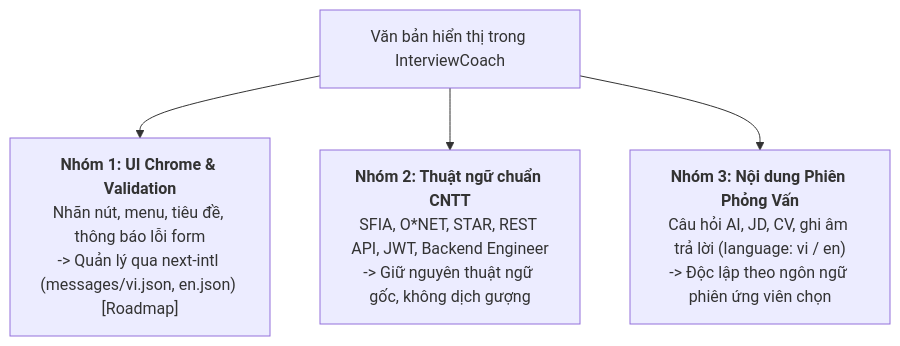
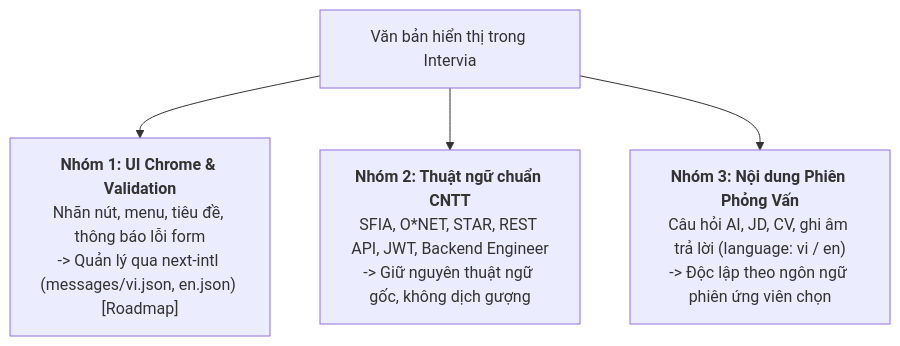
Before and after one commit to lethanhan01/interview-coach: the diagram in client/docs/docs/04-performance-and-ops/internationalization.md, drawn with Mermaid. The commit also changed other lines of this file and 61 other files, not shown here.

````diff
--- a/client/docs/docs/04-performance-and-ops/internationalization.md
+++ b/client/docs/docs/04-performance-and-ops/internationalization.md
@@ -31,6 +31,6 @@
 ```mermaid
 flowchart TD
-    TXT["Văn bản hiển thị trong InterviewCoach"] --> G1["<b>Nhóm 1: UI Chrome & Validation</b><br/>Nhãn nút, menu, tiêu đề, thông báo lỗi form<br/>-> Quản lý qua next-intl (messages/vi.json, en.json) [Roadmap]"]
+    TXT["Văn bản hiển thị trong Intervia"] --> G1["<b>Nhóm 1: UI Chrome & Validation</b><br/>Nhãn nút, menu, tiêu đề, thông báo lỗi form<br/>-> Quản lý qua next-intl (messages/vi.json, en.json) [Roadmap]"]
     TXT --> G2["<b>Nhóm 2: Thuật ngữ chuẩn CNTT</b><br/>SFIA, O*NET, STAR, REST API, JWT, Backend Engineer<br/>-> Giữ nguyên thuật ngữ gốc, không dịch gượng"]
     TXT --> G3["<b>Nhóm 3: Nội dung Phiên Phỏng Vấn</b><br/>Câu hỏi AI, JD, CV, ghi âm trả lời (language: vi / en)<br/>-> Độc lập theo ngôn ngữ phiên ứng viên chọn"]
 ```
````
